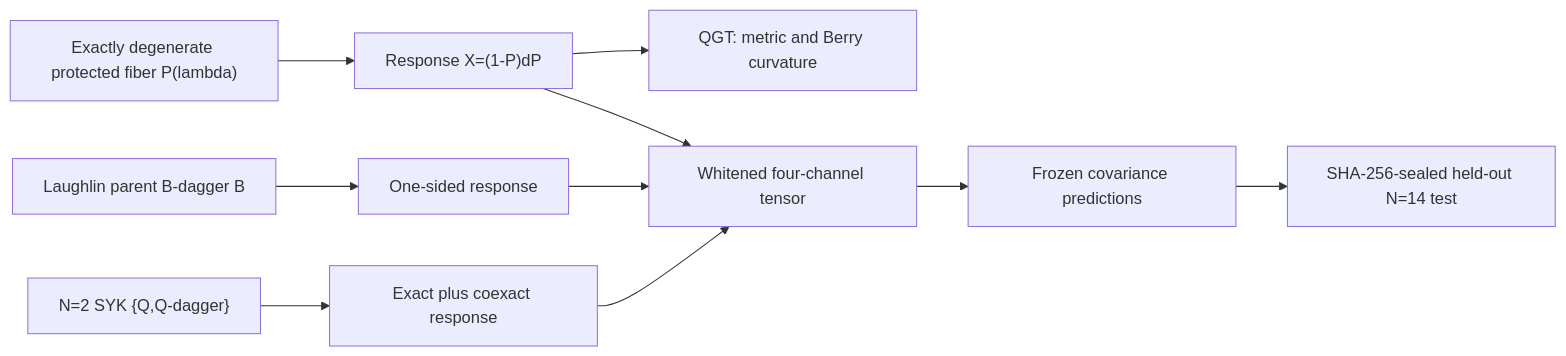
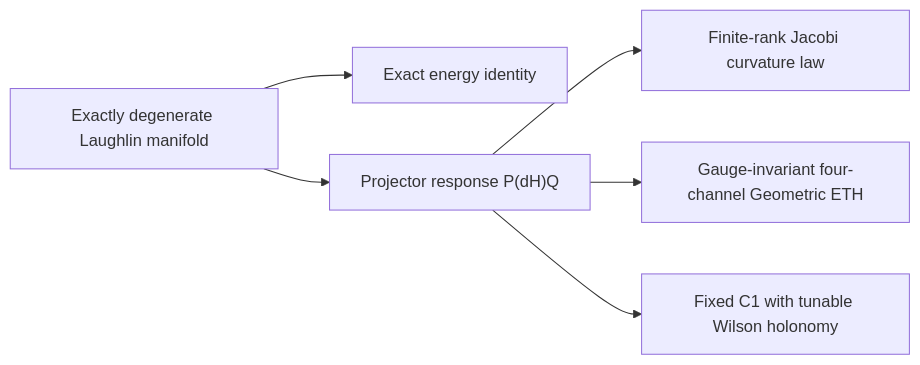
Before and after one commit to JunkaiWang-TheoPhy/quantum.harness: the diagram in tracks/mps/solutions/Wander-276/research/README.md, drawn with Mermaid. The commit also changed other lines of this file and 145 other files, not shown here.

````diff
--- a/tracks/mps/solutions/Wander-276/research/README.md
+++ b/tracks/mps/solutions/Wander-276/research/README.md
@@ -17,12 +32,8 @@
 ```mermaid
 flowchart LR
-    A["Exactly degenerate protected fiber P(lambda)"] --> B["Response X=(1-P)dP"]
-    B --> C["QGT: metric and Berry curvature"]
-    B --> D["Whitened four-channel tensor"]
-    E["Laughlin parent B-dagger B"] --> F["One-sided response"]
-    G["N=2 SYK {Q,Q-dagger}"] --> H["Exact plus coexact response"]
-    F --> D
-    H --> D
-    D --> I["Frozen covariance predictions"]
-    I --> J["SHA-256-sealed held-out N=14 test"]
+    A["Exactly degenerate Laughlin manifold"] --> B["Exact energy identity"]
+    A --> C["Projector response P(dH)Q"]
+    C --> D["Finite-rank Jacobi curvature law"]
+    C --> E["Gauge-invariant four-channel Geometric ETH"]
+    C --> F["Fixed C1 with tunable Wilson holonomy"]
 ```
````
